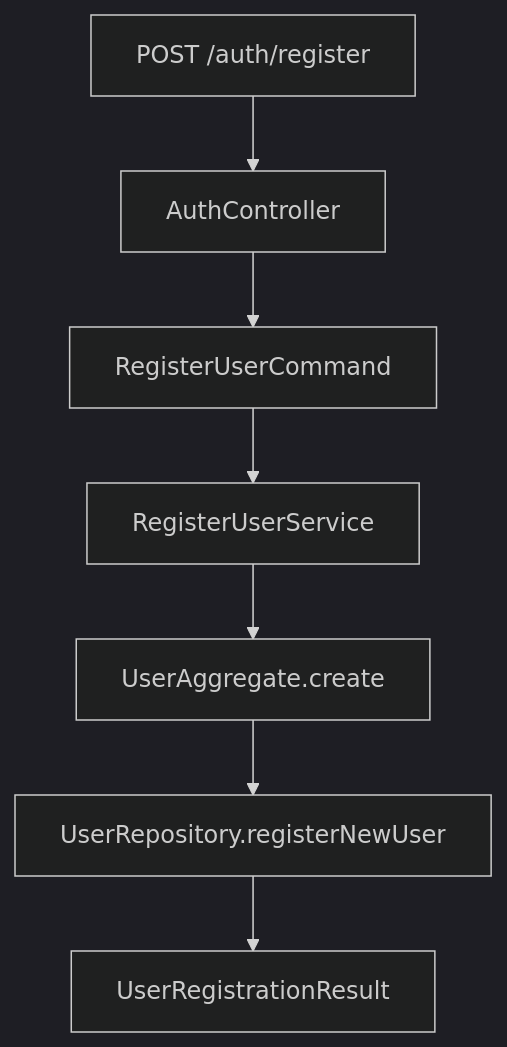
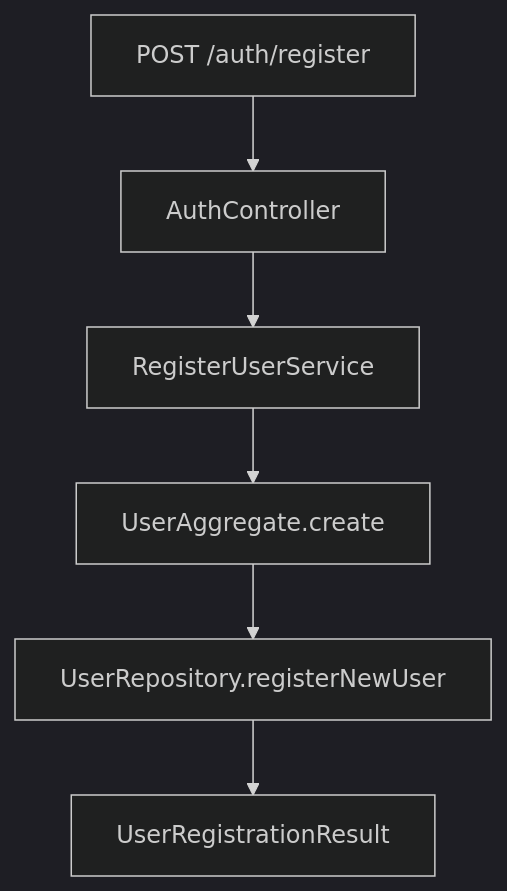
One commit to CodeaBien/codeabien-ddd-demo changed the first of 4 diagrams in README.md. Above: the diagram before and after it, drawn with Mermaid (dark theme). The commit also changed other lines of this file, not shown here.

````diff
--- a/README.md
+++ b/README.md
@@ -171,9 +204,8 @@
 ```mermaid
 graph TD
     A[POST /auth/register] --> B[AuthController]
-    B --> C[RegisterUserCommand]
-    C --> D[RegisterUserService]
-    D --> E[UserAggregate.create]
-    E --> F[UserRepository.registerNewUser]
-    F --> G[UserRegistrationResult]
+    B --> C[RegisterUserService]
+    C --> D[UserAggregate.create]
+    D --> E[UserRepository.registerNewUser]
+    E --> F[UserRegistrationResult]
 ```
````
